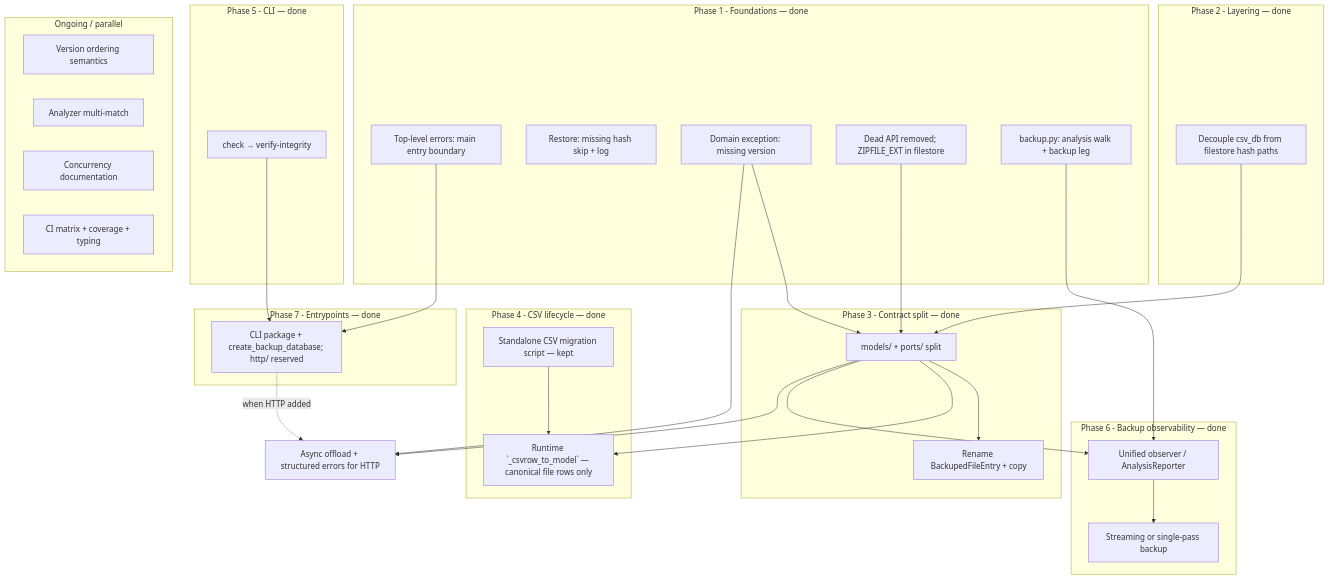
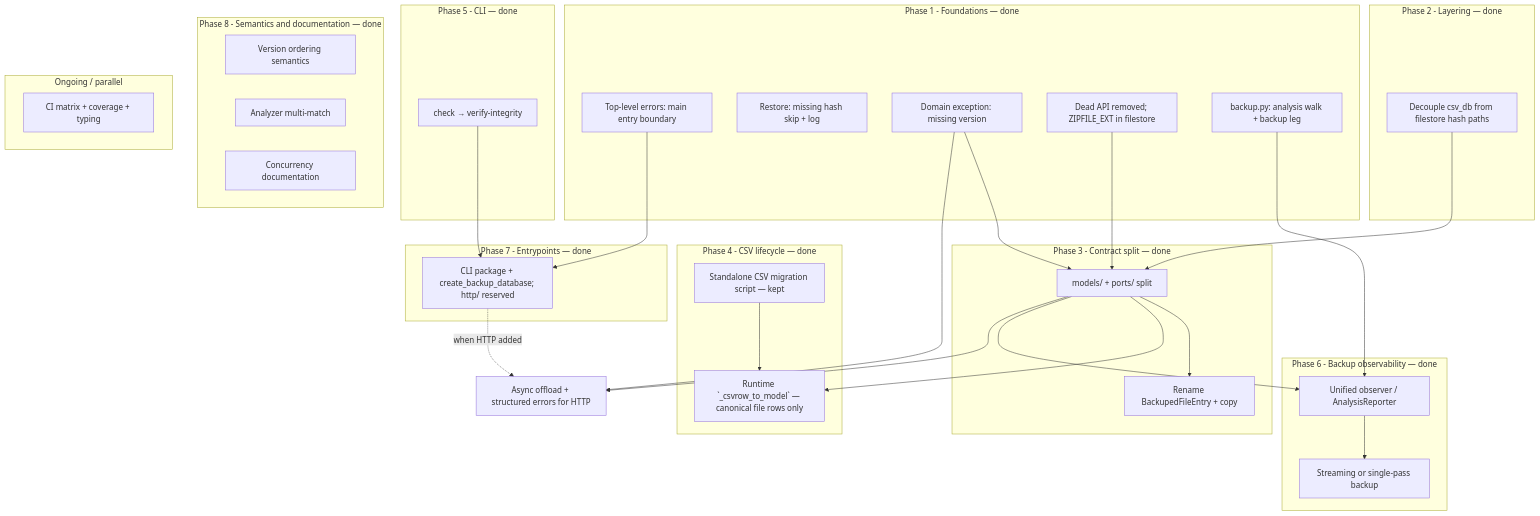
One commit to piazentin/backuper changed the diagram in docs/tech-debt-roadmap.md. Above: the diagram before and after it, drawn with Mermaid. The commit also changed other lines of this file, not shown here.

First line of the commit message:
docs(roadmap): mark Phase 8 semantics and documentation complete

````diff
--- a/docs/tech-debt-roadmap.md
+++ b/docs/tech-debt-roadmap.md
@@ -44,59 +44,62 @@
 ```mermaid
 flowchart TB
   subgraph early [Phase 1 - Foundations — done]
     A1[Top-level errors: main entry boundary]
     A2[Restore: missing hash skip + log]
     B1[Domain exception: missing version]
     C1[Dead API removed; ZIPFILE_EXT in filestore]
     C2[backup.py: analysis walk + backup leg]
   end
 
   subgraph layering [Phase 2 - Layering — done]
     D1[Decouple csv_db from filestore hash paths]
   end
 
   subgraph contract [Phase 3 - Contract split — done]
     E1[models/ + ports/ split]
     E2[Rename BackupedFileEntry + copy]
   end
 
   subgraph csv [Phase 4 - CSV lifecycle — done]
     F1[Standalone CSV migration script — kept]
     F2[Runtime `_csvrow_to_model` — canonical file rows only]
   end
 
   subgraph cli [Phase 5 - CLI — done]
     G1[check → verify-integrity]
   end
 
   subgraph pipeline [Phase 6 - Backup observability — done]
     H1[Unified observer / AnalysisReporter]
     H2[Streaming or single-pass backup]
   end
 
   subgraph entry [Phase 7 - Entrypoints — done]
     J1[CLI package + create_backup_database; http/ reserved]
   end
 
-  subgraph polish [Ongoing / parallel]
+  subgraph semantics [Phase 8 - Semantics and documentation — done]
     I1[Version ordering semantics]
     I2[Analyzer multi-match]
     I3[Concurrency documentation]
+  end
+
+  subgraph polish [Ongoing / parallel]
     K1[CI matrix + coverage + typing]
   end
 
   C1 --> E1
   B1 --> E1
   D1 --> E1
   A1 --> J1
   E1 --> E2
   E1 --> F2
   F1 --> F2
   G1 --> J1
   H1 --> H2
   C2 --> H1
   E1 --> H1
   J1 -.->|when HTTP added| J2[Async offload + structured errors for HTTP]
   E1 --> J2
   B1 --> J2
 ```
````
